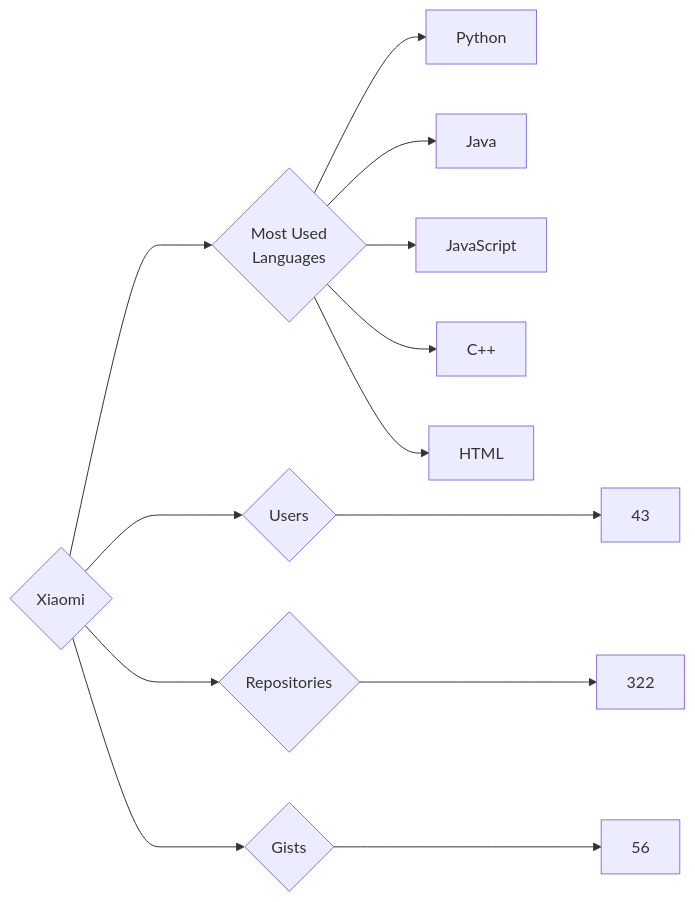
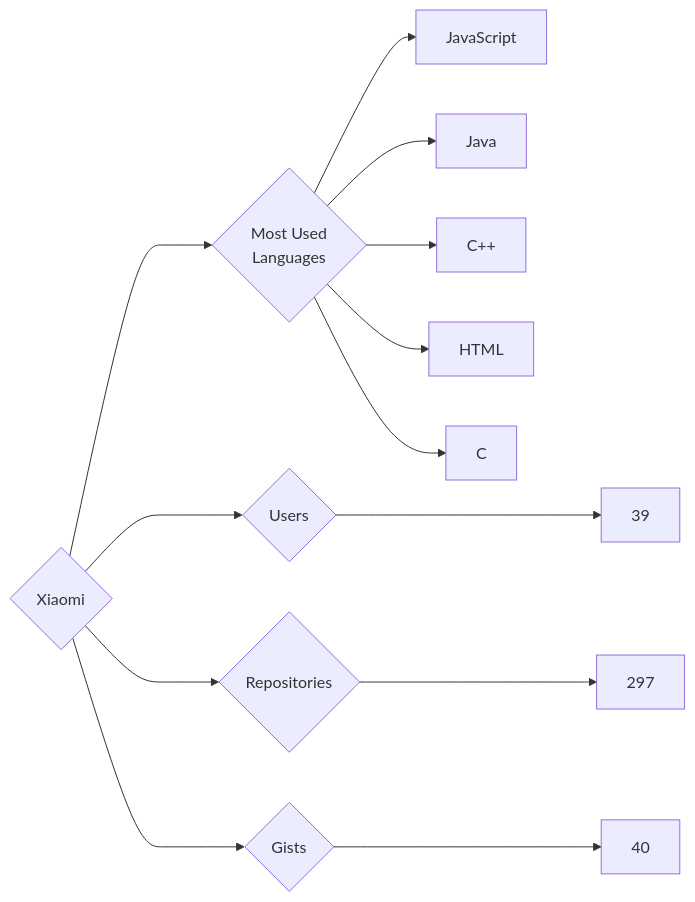
One commit to trickest/insiders changed the diagram in targets/Xiaomi/README.md. Above: the diagram before and after it, drawn with Mermaid. The commit also changed 953 other files, not shown here.

````diff
--- a/targets/Xiaomi/README.md
+++ b/targets/Xiaomi/README.md
@@ -3,13 +3,13 @@
 ```mermaid
 graph LR
 COMPANY_NAME{Xiaomi}
-COMPANY_NAME ---> U{Users} ---> UN[43]
-COMPANY_NAME ---> R{Repositories} ---> RN[322]
-COMPANY_NAME ---> G{Gists} ---> GN[56]
+COMPANY_NAME ---> U{Users} ---> UN[39]
+COMPANY_NAME ---> R{Repositories} ---> RN[297]
+COMPANY_NAME ---> G{Gists} ---> GN[40]
 COMPANY_NAME ---> ML{Most Used<br>Languages}
-ML --> Python[Python]
+ML --> JavaScript[JavaScript]
 ML --> Java[Java]
-ML --> JavaScript[JavaScript]
 ML --> C++[C++]
 ML --> HTML[HTML]
+ML --> C[C]
 ```
````
